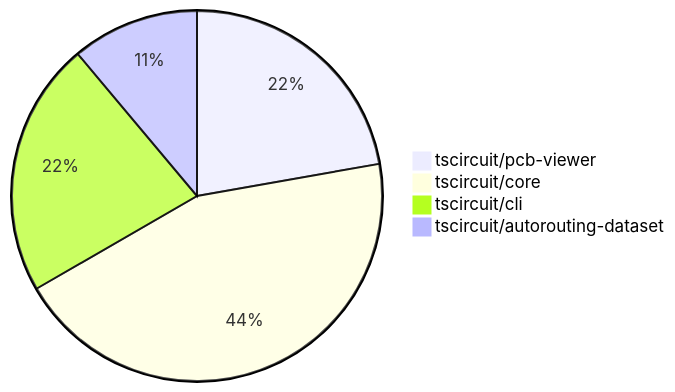
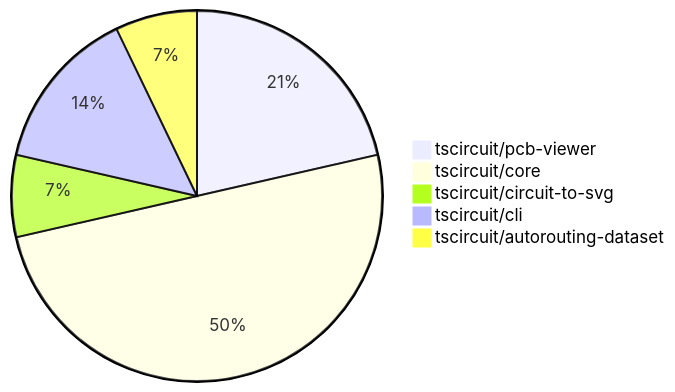
One commit to tscircuit/contribution-tracker changed the diagram in contribution-overviews/2024-09-07.md. Above: the diagram before and after it, drawn with Mermaid. The commit also changed other lines of this file and 1 other file, not shown here.

````diff
--- a/contribution-overviews/2024-09-07.md
+++ b/contribution-overviews/2024-09-07.md
@@ -5,7 +5,8 @@
 ```mermaid
 pie
-    "tscircuit/pcb-viewer" : 2
-    "tscircuit/core" : 4
+    "tscircuit/pcb-viewer" : 3
+    "tscircuit/core" : 7
+    "tscircuit/circuit-to-svg" : 1
     "tscircuit/cli" : 2
     "tscircuit/autorouting-dataset" : 1
 ```
````
